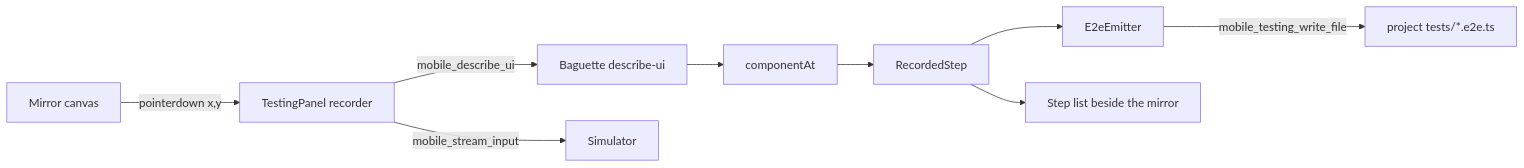
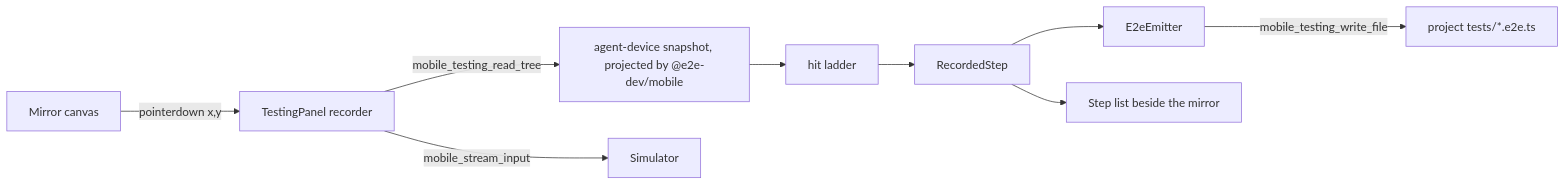
Before and after one commit to callstackincubator/codex-mobile-dev-plugin: the diagram in docs/testing-panel.md, drawn with Mermaid. The commit also changed other lines of this file and 13 other files, not shown here.

Commit message:
feat: adopt agent-device recorder

````diff
--- a/docs/testing-panel.md
+++ b/docs/testing-panel.md
@@ -48,11 +48,11 @@
 ```mermaid
 flowchart LR
   Canvas[Mirror canvas] -->|pointerdown x,y| Rec[TestingPanel recorder]
-  Rec -->|mobile_describe_ui| Tree[Baguette describe-ui]
-  Tree --> Hit[componentAt]
+  Rec -->|mobile_testing_read_tree| Tree[agent-device snapshot, projected by @e2e-dev/mobile]
+  Tree --> Hit[hit ladder]
   Hit --> Step[RecordedStep]
   Rec -->|mobile_stream_input| Device[Simulator]
   Step --> Emit[E2eEmitter]
   Emit -->|mobile_testing_write_file| File[project tests/*.e2e.ts]
   Step --> View[Step list beside the mirror]
 ```
````
